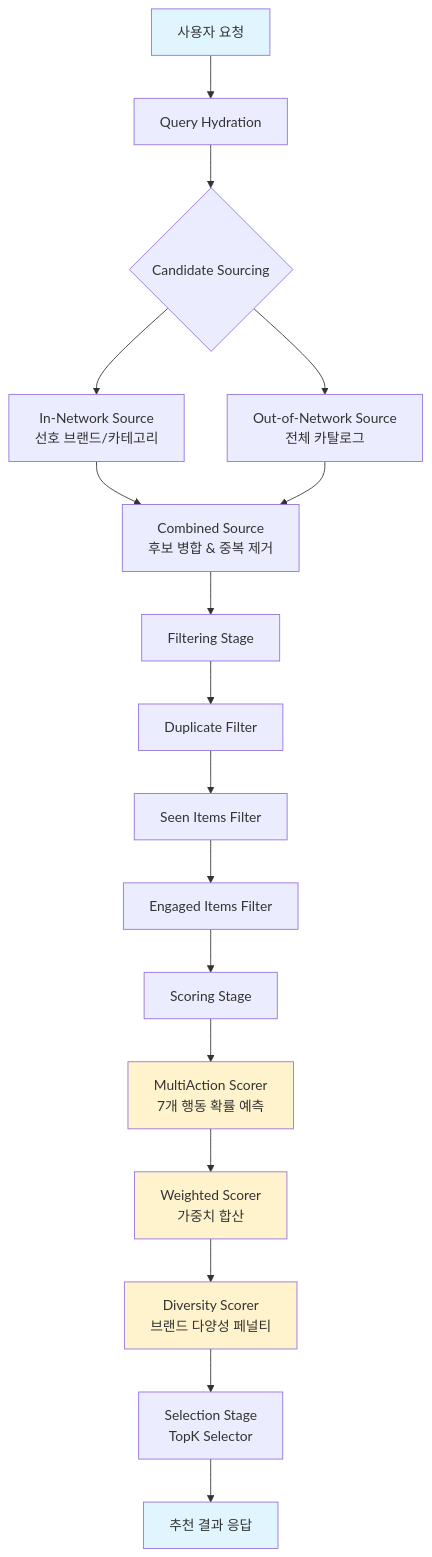
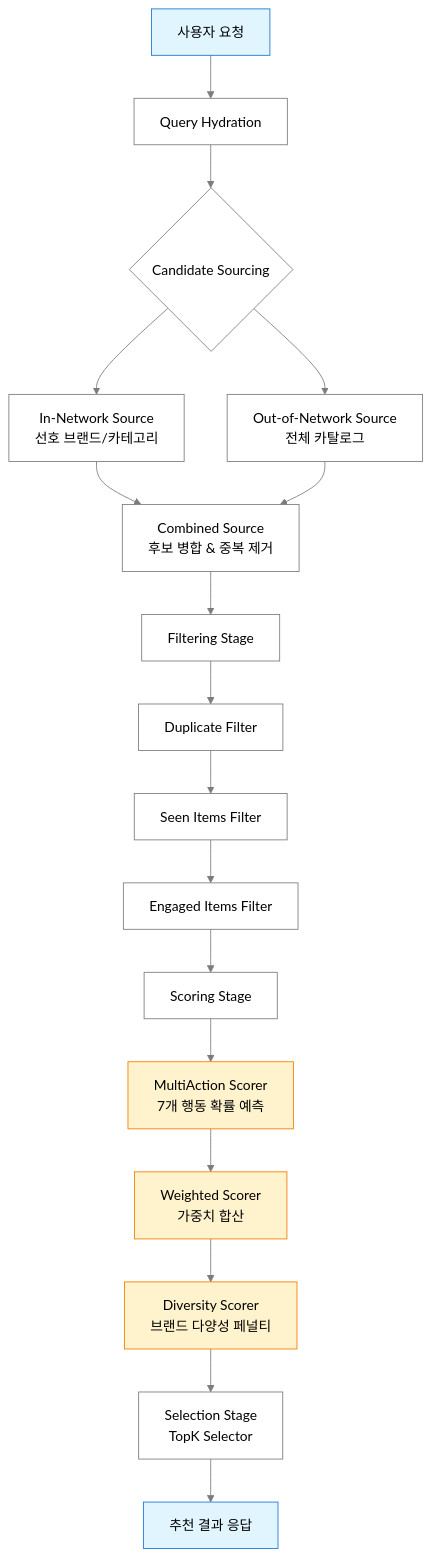
One commit to 01seok/mini-project-recommend changed the first of 4 diagrams in README.md. Above: the diagram before and after it, drawn with Mermaid. The commit also changed other lines of this file and 6 other files, not shown here.

First line of the commit message:
[DOCS] docs: Mermaid 다크모드 대응 및 시퀀스 간략화

````diff
--- a/README.md
+++ b/README.md
@@ -194,30 +194,31 @@
 ```mermaid
+%%{init: {'theme':'base', 'themeVariables': {'primaryColor':'#ffffff', 'primaryTextColor':'#000000', 'primaryBorderColor':'#7C7C7C', 'lineColor':'#7C7C7C', 'secondaryColor':'#f0f0f0', 'tertiaryColor':'#ffffff', 'background':'#ffffff', 'mainBkg':'#ffffff', 'secondBkg':'#f0f0f0', 'edgeLabelBackground':'#ffffff'}}}%%
 graph TD
     A[사용자 요청] --> B[Query Hydration]
     B --> C{Candidate Sourcing}
 
     C --> D1[In-Network Source<br/>선호 브랜드/카테고리]
     C --> D2[Out-of-Network Source<br/>전체 카탈로그]
 
     D1 --> E[Combined Source<br/>후보 병합 & 중복 제거]
     D2 --> E
 
     E --> F[Filtering Stage]
     F --> F1[Duplicate Filter]
     F1 --> F2[Seen Items Filter]
     F2 --> F3[Engaged Items Filter]
 
     F3 --> G[Scoring Stage]
     G --> G1[MultiAction Scorer<br/>7개 행동 확률 예측]
     G1 --> G2[Weighted Scorer<br/>가중치 합산]
     G2 --> G3[Diversity Scorer<br/>브랜드 다양성 페널티]
 
     G3 --> H[Selection Stage<br/>TopK Selector]
     H --> I[추천 결과 응답]
 
-    style A fill:#e1f5ff
-    style I fill:#e1f5ff
-    style G1 fill:#fff3cd
-    style G2 fill:#fff3cd
-    style G3 fill:#fff3cd
+    style A fill:#e1f5ff,stroke:#1976d2
+    style I fill:#e1f5ff,stroke:#1976d2
+    style G1 fill:#fff3cd,stroke:#f57c00
+    style G2 fill:#fff3cd,stroke:#f57c00
+    style G3 fill:#fff3cd,stroke:#f57c00
 ```
````
